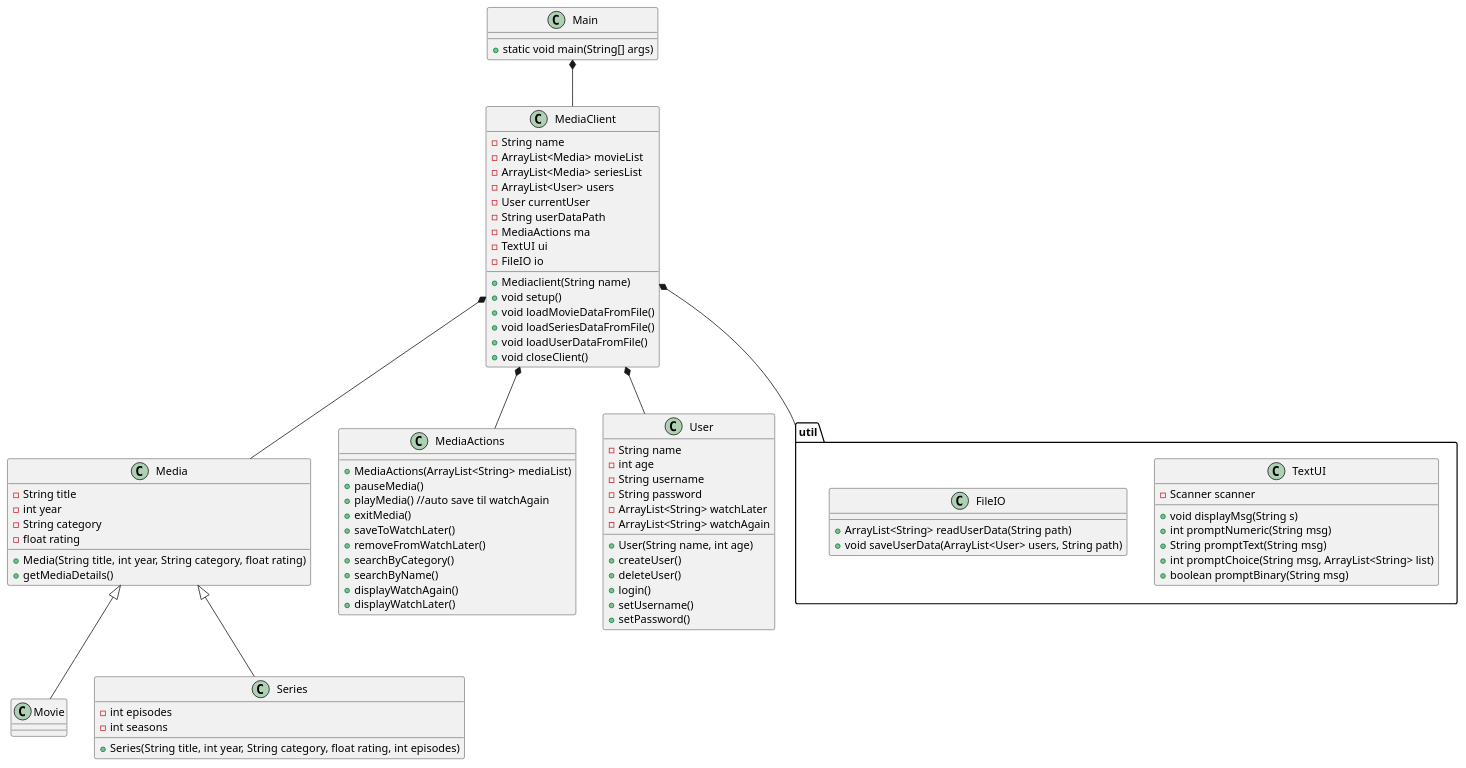
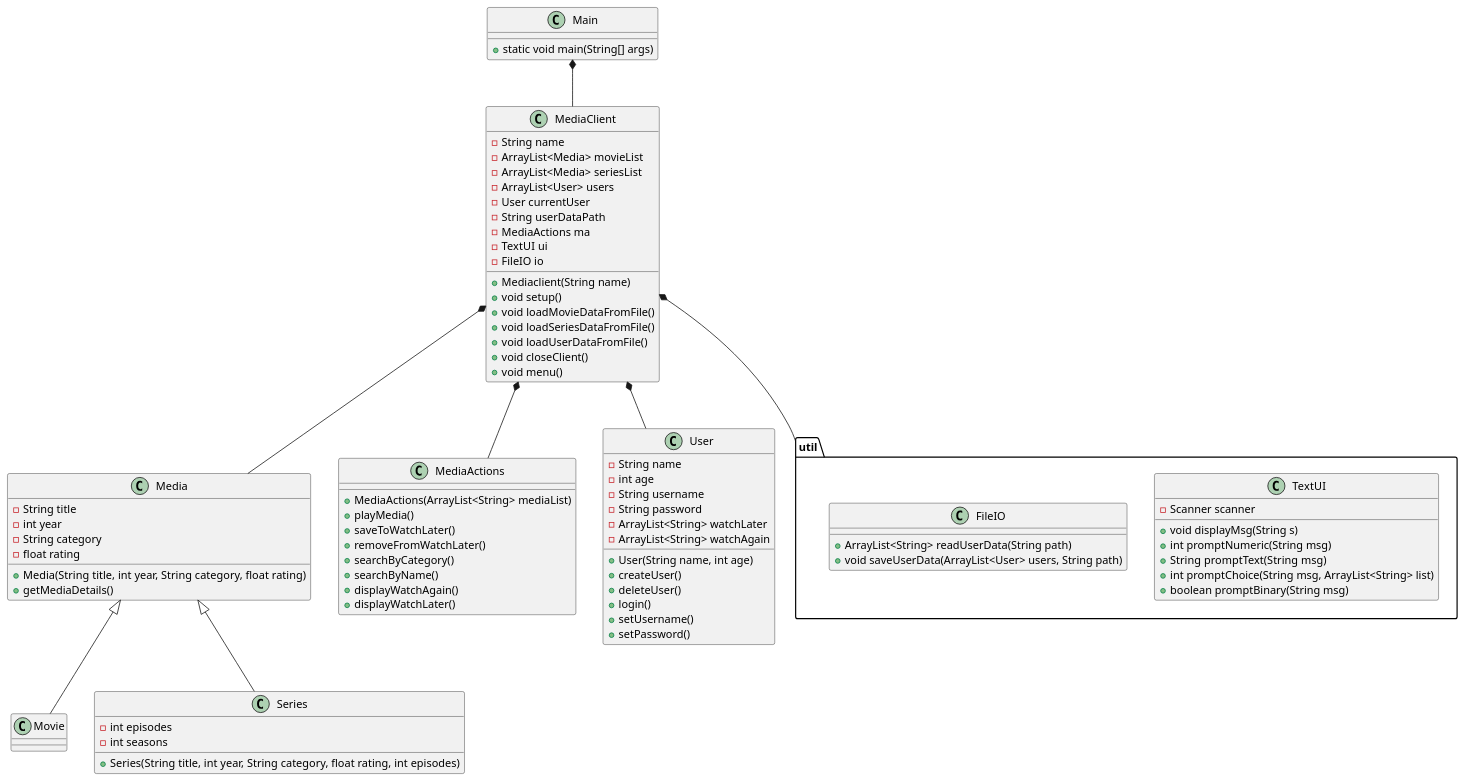
Before and after one commit to b-rino/SP3: the diagram in docs/classdiagram_v0.puml, drawn with PlantUML. The commit also changed 2 other files, not shown here.

Commit message:
update domainemodel and classdiagram

```diff
--- a/docs/classdiagram_v0.puml
+++ b/docs/classdiagram_v0.puml
@@ -1,108 +1,106 @@
 @startuml
 class Main{
 + static void main(String[] args)
 }
 
 class Media{
 - String title
 - int year
 - String category
 - float rating
 +Media(String title, int year, String category, float rating)
 +getMediaDetails()
 
 
 }
 
 class MediaClient{
 -String name
 -ArrayList<Media> movieList
 -ArrayList<Media> seriesList
 -ArrayList<User> users
 -User currentUser
 -String userDataPath
 -MediaActions ma
 -TextUI ui
 -FileIO io
 +Mediaclient(String name)
 +void setup()
 +void loadMovieDataFromFile()
 +void loadSeriesDataFromFile()
 +void loadUserDataFromFile()
 +void closeClient()
-
++void menu()
 
 }
 
 
 class Movie{
 }
 
 class Series{
 - int episodes
 - int seasons
 +Series(String title, int year, String category, float rating, int episodes)
 }
 
 
 class MediaActions{
 +MediaActions(ArrayList<String> mediaList)
-+pauseMedia()
-+playMedia() //auto save til watchAgain
-+exitMedia()
++playMedia()
 +saveToWatchLater()
 +removeFromWatchLater()
 +searchByCategory()
 +searchByName()
 +displayWatchAgain()
 +displayWatchLater()
 }
 
 class User{
 -String name
 -int age
 -String username
 -String password
 -ArrayList<String> watchLater
 -ArrayList<String> watchAgain
 +User(String name, int age)
 +createUser()
 +deleteUser()
 +login()
-'+logout() nok ikke nødvendig
+'+logout()
 +setUsername()
 +setPassword()
 }
 
 
 package "util" {
 class TextUI{
 - Scanner scanner
 
 +void displayMsg(String s)
 +int promptNumeric(String msg)
 +String promptText(String msg)
 +int promptChoice(String msg, ArrayList<String> list)
 +boolean promptBinary(String msg)
 }
 class FileIO{
 '+void addMediaToFile(Media media, String path)
 '+void removeMediaFromFile(Media media, String path)
 +ArrayList<String> readUserData(String path)
 +void saveUserData(ArrayList<User> users, String path)
 }
 }
 
 MediaClient *-- Media
 Media<|--Series
 Media <|-- Movie
 MediaClient *-- User
 Main *-- MediaClient
 MediaClient *-- "util"
 MediaClient *-- MediaActions
 
 
 
 
 
 @enduml
```
